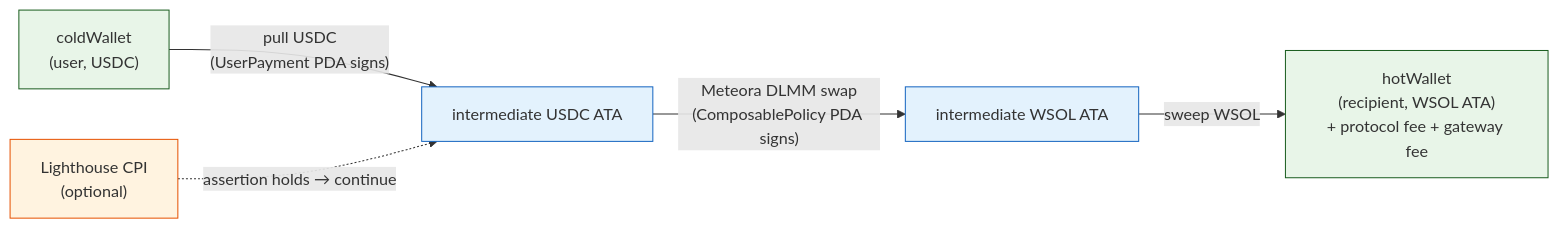
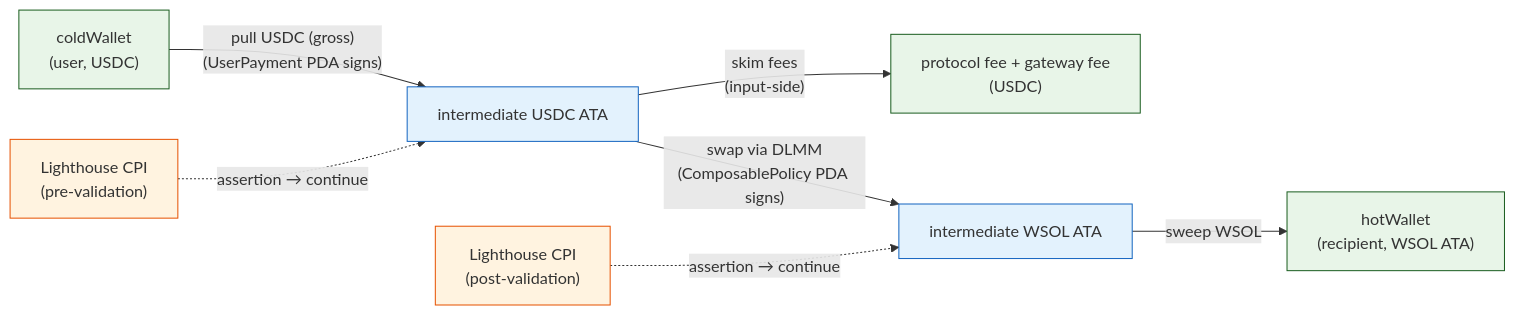
Before and after one commit to tributary-so/tributary: the diagram in apps/docs/docs/integration-guide/programmable-pull-payments/examples/swap-and-deliver.md, drawn with Mermaid. The commit also changed other lines of this file and 70 other files, not shown here.

````diff
--- a/apps/docs/docs/integration-guide/programmable-pull-payments/examples/swap-and-deliver.md
+++ b/apps/docs/docs/integration-guide/programmable-pull-payments/examples/swap-and-deliver.md
@@ -15,14 +19,17 @@
 ```mermaid
 graph LR
-    Cold["coldWallet<br/>(user, USDC)"] -->|"pull USDC<br/>(UserPayment PDA signs)"| In["intermediate USDC ATA"]
-    Val["Lighthouse CPI<br/>(optional)"] -.->|"assertion holds → continue"| In
-    In -->|"Meteora DLMM swap<br/>(ComposablePolicy PDA signs)"| Out["intermediate WSOL ATA"]
-    Out -->|"sweep WSOL"| Hot["hotWallet<br/>(recipient, WSOL ATA)<br/>+ protocol fee + gateway fee"]
+    Cold["coldWallet<br/>(user, USDC)"] -->|"pull USDC (gross)<br/>(UserPayment PDA signs)"| In["intermediate USDC ATA"]
+    In -->|"skim fees<br/>(input-side)"| Fee["protocol fee + gateway fee<br/>(USDC)"]
+    PreVal["Lighthouse CPI<br/>(pre‑validation)"] -.->|"assertion → continue"| In
+    In -->|"swap via DLMM<br/>(ComposablePolicy PDA signs)"| Out["intermediate WSOL ATA"]
+    PostVal["Lighthouse CPI<br/>(post‑validation)"] -.->|"assertion → continue"| Out
+    Out -->|"sweep WSOL"| Hot["hotWallet<br/>(recipient, WSOL ATA)"]
 
     classDef user fill:#e8f5e8,stroke:#1b5e20
     classDef pda fill:#e3f2fd,stroke:#1565c0
     classDef val fill:#fff3e0,stroke:#e65100
     class Cold,Hot user
     class In,Out pda
-    class Val val
+    class PreVal,PostVal val
+    class Fee user
 ```
````
